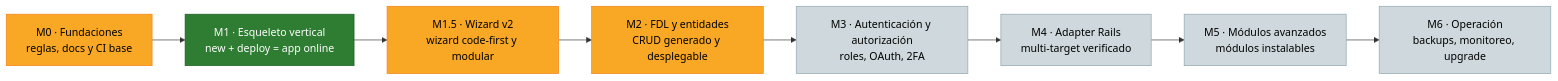
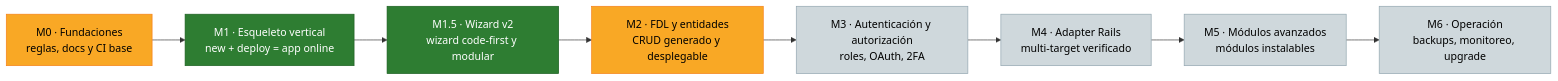
The first of 2 diagrams in docs/MAPA_DE_PROGRESO.md (dmaure/fractal), drawn with Mermaid before and after one commit. The commit also changed other lines of this file and 1 other file, not shown here.

````diff
--- a/docs/MAPA_DE_PROGRESO.md
+++ b/docs/MAPA_DE_PROGRESO.md
@@ -62,21 +64,21 @@
 ```mermaid
 flowchart LR
     M0["M0 · Fundaciones<br/>reglas, docs y CI base"]
     M1["M1 · Esqueleto vertical<br/>new + deploy = app online"]
     M1.5["M1.5 · Wizard v2<br/>wizard code-first y modular"]
     M2["M2 · FDL y entidades<br/>CRUD generado y desplegable"]
     M3["M3 · Autenticación y autorización<br/>roles, OAuth, 2FA"]
     M4["M4 · Adapter Rails<br/>multi-target verificado"]
     M5["M5 · Módulos avanzados<br/>módulos instalables"]
     M6["M6 · Operación<br/>backups, monitoreo, upgrade"]
 
     M0 --> M1 --> M1.5 --> M2 --> M3 --> M4 --> M5 --> M6
 
     classDef done fill:#2e7d32,color:#fff,stroke:#1b5e20;
     classDef curso fill:#f9a825,color:#000,stroke:#f57f17;
     classDef pend fill:#cfd8dc,color:#000,stroke:#90a4ae;
 
-    class M1 done;
-    class M0,M1.5,M2 curso;
+    class M1,M1.5 done;
+    class M0,M2 curso;
     class M3,M4,M5,M6 pend;
 ```
````
